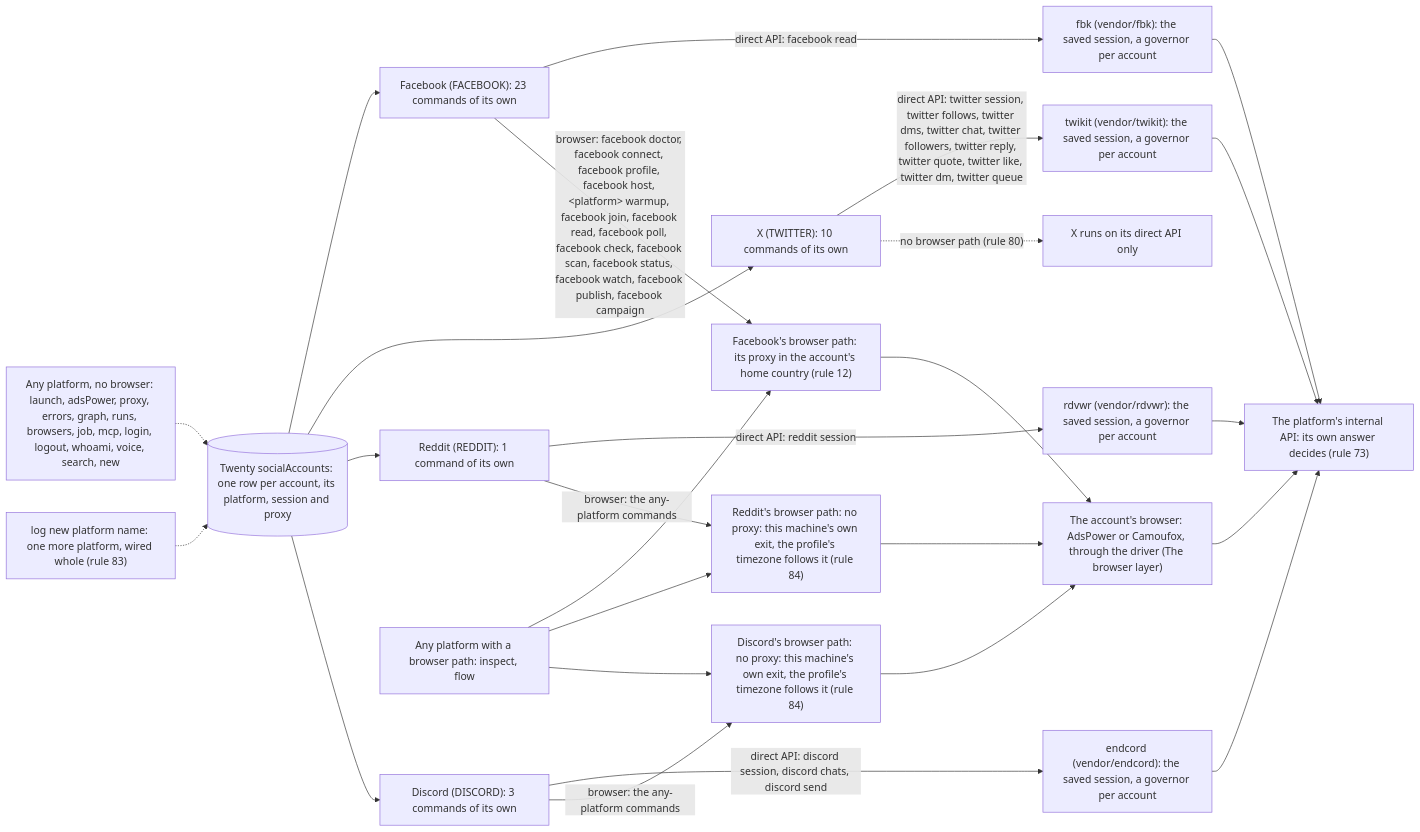
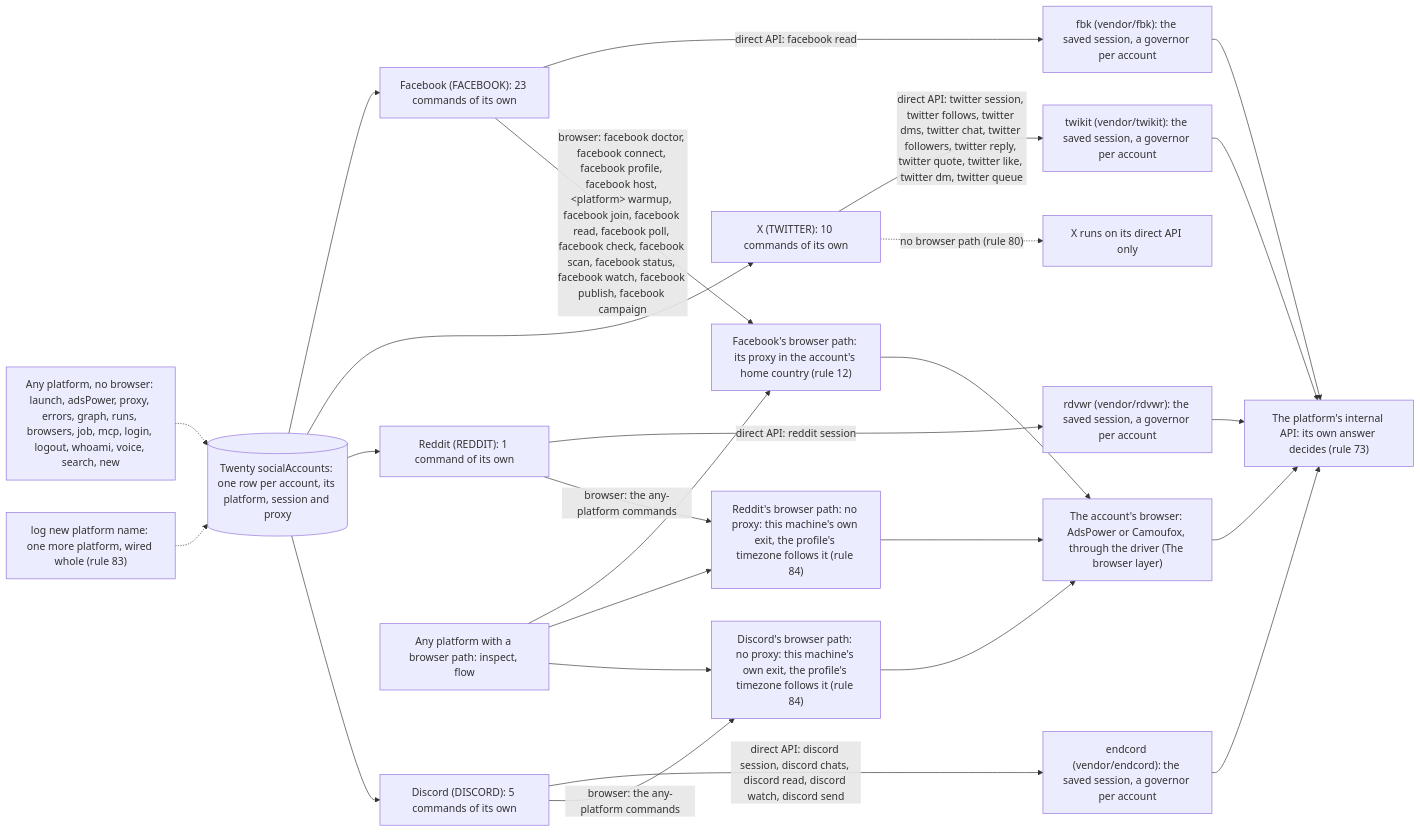
The first of 6 diagrams in README.md (matthewdonsemail-lab/log), drawn with Mermaid before and after one commit. The commit also changed other lines of this file and 19 other files, not shown here.

Commit message:
feat(discord): read and watch on endcord, and new Discord messages pushed to the inbox hook

````diff
--- a/README.md
+++ b/README.md
@@ -126,37 +126,37 @@
 ```mermaid
 flowchart LR
   twenty[("Twenty socialAccounts: one row per account, its platform, session and proxy")]
   api["The platform's internal API: its own answer decides (rule 73)"]
   drivers["The account's browser: AdsPower or Camoufox, through the driver (The browser layer)"]
   p_facebook["Facebook (FACEBOOK): 23 commands of its own"]
   twenty --> p_facebook
   p_facebook -->|"direct API: facebook read"| e_fbk["fbk (vendor/fbk): the saved session, a governor per account"]
   e_fbk --> api
   p_facebook -->|"browser: facebook doctor, facebook connect, facebook profile, facebook host, #lt;platform#gt; warmup, facebook join, facebook read, facebook poll, facebook check, facebook scan, facebook status, facebook watch, facebook publish, facebook campaign"| b_facebook["Facebook's browser path: its proxy in the account's home country (rule 12)"]
   b_facebook --> drivers
   p_twitter["X (TWITTER): 10 commands of its own"]
   twenty --> p_twitter
   p_twitter -->|"direct API: twitter session, twitter follows, twitter dms, twitter chat, twitter followers, twitter reply, twitter quote, twitter like, twitter dm, twitter queue"| e_twikit["twikit (vendor/twikit): the saved session, a governor per account"]
   e_twikit --> api
   p_twitter -.->|"no browser path (rule 80)"| nob_twitter["X runs on its direct API only"]
   p_reddit["Reddit (REDDIT): 1 command of its own"]
   twenty --> p_reddit
   p_reddit -->|"direct API: reddit session"| e_rdvwr["rdvwr (vendor/rdvwr): the saved session, a governor per account"]
   e_rdvwr --> api
   p_reddit -->|"browser: the any-platform commands"| b_reddit["Reddit's browser path: no proxy: this machine's own exit, the profile's timezone follows it (rule 84)"]
   b_reddit --> drivers
-  p_discord["Discord (DISCORD): 3 commands of its own"]
+  p_discord["Discord (DISCORD): 5 commands of its own"]
   twenty --> p_discord
-  p_discord -->|"direct API: discord session, discord chats, discord send"| e_endcord["endcord (vendor/endcord): the saved session, a governor per account"]
+  p_discord -->|"direct API: discord session, discord chats, discord read, discord watch, discord send"| e_endcord["endcord (vendor/endcord): the saved session, a governor per account"]
   e_endcord --> api
   p_discord -->|"browser: the any-platform commands"| b_discord["Discord's browser path: no proxy: this machine's own exit, the profile's timezone follows it (rule 84)"]
   b_discord --> drivers
   anyB["Any platform with a browser path: inspect, flow"]
   anyB --> b_facebook
   anyB --> b_reddit
   anyB --> b_discord
   anyN["Any platform, no browser: launch, adsPower, proxy, errors, graph, runs, browsers, job, mcp, login, logout, whoami, voice, search, new"]
   anyN -.-> twenty
   newP["log new platform name: one more platform, wired whole (rule 83)"] -.-> twenty
   drivers --> api
 ```
````
